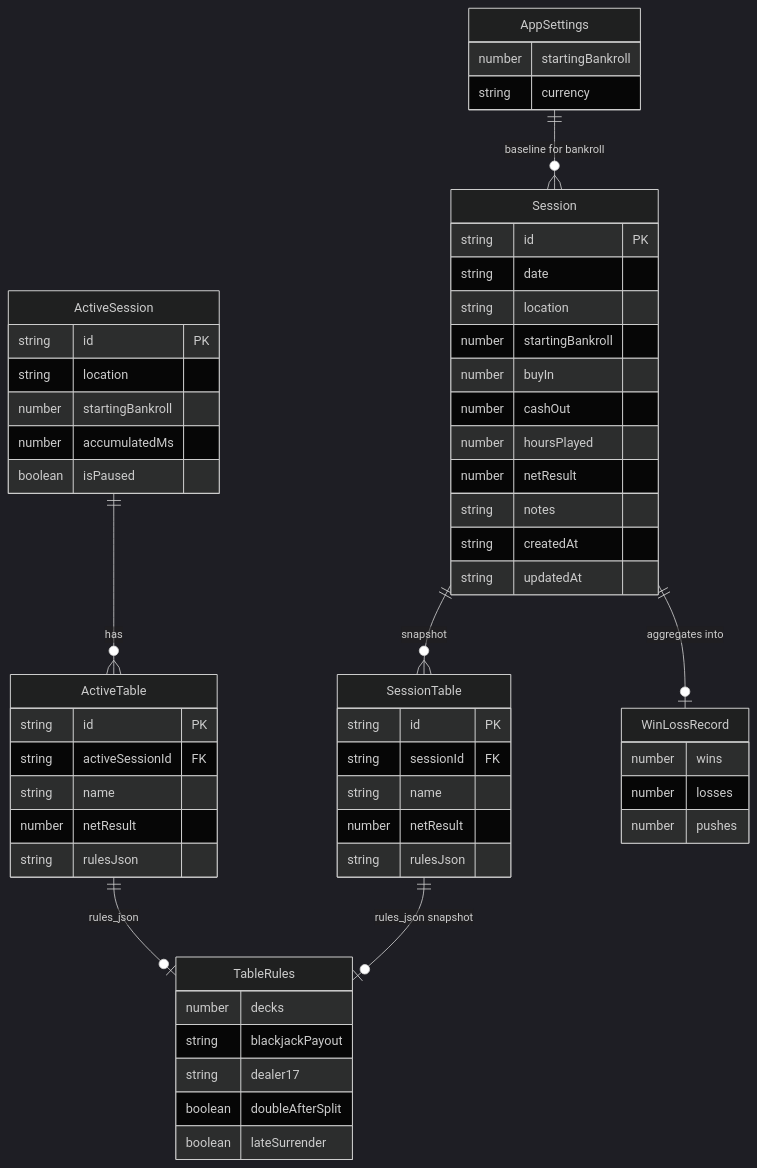
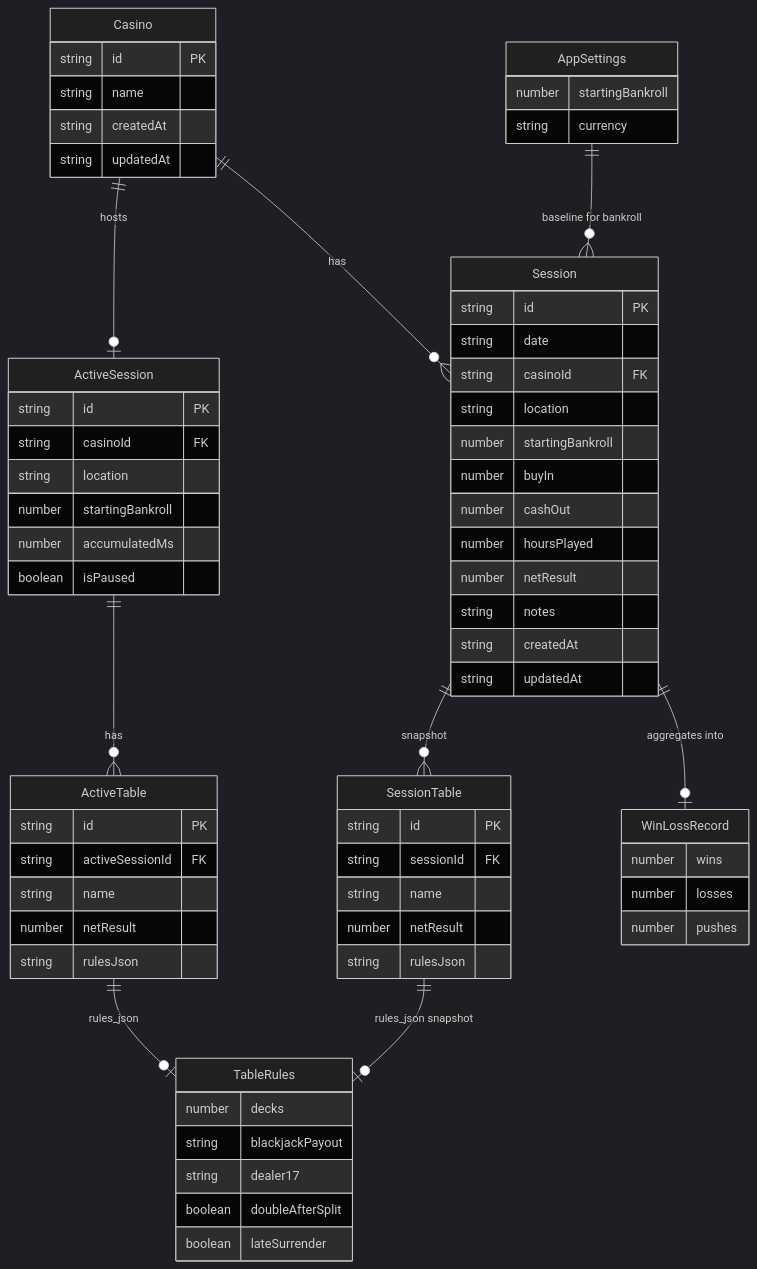
The first of 2 diagrams in docs/schema.md (Trevor5008/StackTrack), drawn with Mermaid (dark theme) before and after one commit. The commit also changed other lines of this file and 27 other files, not shown here.

````diff
--- a/docs/schema.md
+++ b/docs/schema.md
@@ -196,59 +231,69 @@
 ```mermaid
 erDiagram
+  Casino ||--o{ Session : "has"
+  Casino ||--o| ActiveSession : "hosts"
   AppSettings ||--o{ Session : "baseline for bankroll"
   ActiveSession ||--o{ ActiveTable : "has"
   Session ||--o{ SessionTable : "snapshot"
   ActiveTable ||--o| TableRules : "rules_json"
   SessionTable ||--o| TableRules : "rules_json snapshot"
+  Casino {
+    string id PK
+    string name
+    string createdAt
+    string updatedAt
+  }
   Session {
     string id PK
     string date
+    string casinoId FK
     string location
     number startingBankroll
     number buyIn
     number cashOut
     number hoursPlayed
     number netResult
     string notes
     string createdAt
     string updatedAt
   }
   ActiveSession {
     string id PK
+    string casinoId FK
     string location
     number startingBankroll
     number accumulatedMs
     boolean isPaused
   }
   ActiveTable {
     string id PK
     string activeSessionId FK
     string name
     number netResult
     string rulesJson
   }
   SessionTable {
     string id PK
     string sessionId FK
     string name
     number netResult
     string rulesJson
   }
   TableRules {
     number decks
     string blackjackPayout
     string dealer17
     boolean doubleAfterSplit
     boolean lateSurrender
   }
   AppSettings {
     number startingBankroll
     string currency
   }
   WinLossRecord {
     number wins
     number losses
     number pushes
   }
   Session ||--o| WinLossRecord : "aggregates into"
 ```
````
